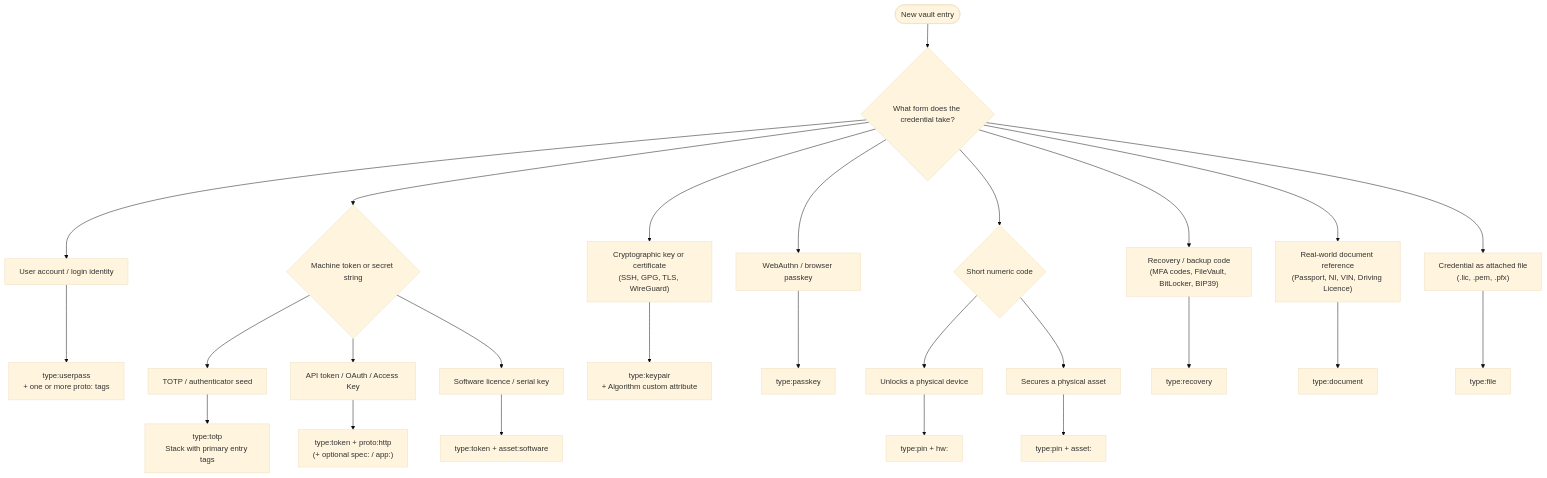
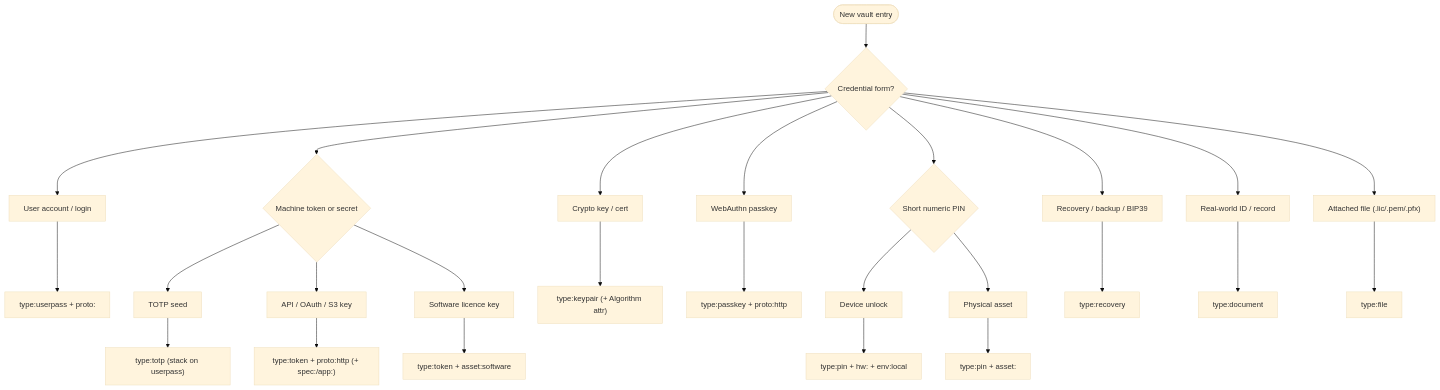
Before and after one commit to warpcode/dotfiles: the diagram in .github/skills/secrets-vault-classifier/SKILL.md, drawn with Mermaid (base theme). The commit also changed other lines of this file and 7 other files, not shown here.

````diff
--- a/.github/skills/secrets-vault-classifier/SKILL.md
+++ b/.github/skills/secrets-vault-classifier/SKILL.md
@@ -42,36 +32,17 @@
 ```mermaid
 flowchart TD
-    A([New vault entry]) --> B{What form does the credential take?}
-
-    B --> UP["User account / login identity"]
-    UP --> C["type:userpass\n+ one or more proto: tags"]
-
-    B --> STR{Machine token or secret string}
-    STR --> T1["TOTP / authenticator seed"]
-    T1 --> D["type:totp\nStack with primary entry tags"]
-    STR --> T2["API token / OAuth / Access Key"]
-    T2 --> E["type:token + proto:http\n(+ optional spec: / app:)"]
-    STR --> T3["Software licence / serial key"]
-    T3 --> F["type:token + asset:software"]
-
-    B --> KP["Cryptographic key or certificate\n(SSH, GPG, TLS, WireGuard)"]
-    KP --> G["type:keypair\n+ Algorithm custom attribute"]
-
-    B --> PK["WebAuthn / browser passkey"]
-    PK --> H[type:passkey]
-
-    B --> PIN{Short numeric code}
-    PIN --> P1["Unlocks a physical device"]
-    P1 --> I["type:pin + hw:"]
-    PIN --> P2["Secures a physical asset"]
-    P2 --> J["type:pin + asset:"]
-
-    B --> REC["Recovery / backup code\n(MFA codes, FileVault, BitLocker, BIP39)"]
-    REC --> K[type:recovery]
-
-    B --> DOC["Real-world document reference\n(Passport, NI, VIN, Driving Licence)"]
-    DOC --> L[type:document]
-
-    B --> FILE["Credential as attached file\n(.lic, .pem, .pfx)"]
-    FILE --> M[type:file]
+    A([New vault entry]) --> B{Credential form?}
+    B --> UP["User account / login"] --> C["type:userpass + proto:"]
+    B --> STR{Machine token or secret}
+    STR --> T1["TOTP seed"] --> D["type:totp (stack on userpass)"]
+    STR --> T2["API / OAuth / S3 key"] --> E["type:token + proto:http (+ spec:/app:)"]
+    STR --> T3["Software licence key"] --> F["type:token + asset:software"]
+    B --> KP["Crypto key / cert"] --> G["type:keypair (+ Algorithm attr)"]
+    B --> PK["WebAuthn passkey"] --> H["type:passkey + proto:http"]
+    B --> PIN{Short numeric PIN}
+    PIN --> P1["Device unlock"] --> I["type:pin + hw: + env:local"]
+    PIN --> P2["Physical asset"] --> J["type:pin + asset:"]
+    B --> REC["Recovery / backup / BIP39"] --> K["type:recovery"]
+    B --> DOC["Real-world ID / record"] --> L["type:document"]
+    B --> FILE["Attached file (.lic/.pem/.pfx)"] --> M["type:file"]
 ```
````
